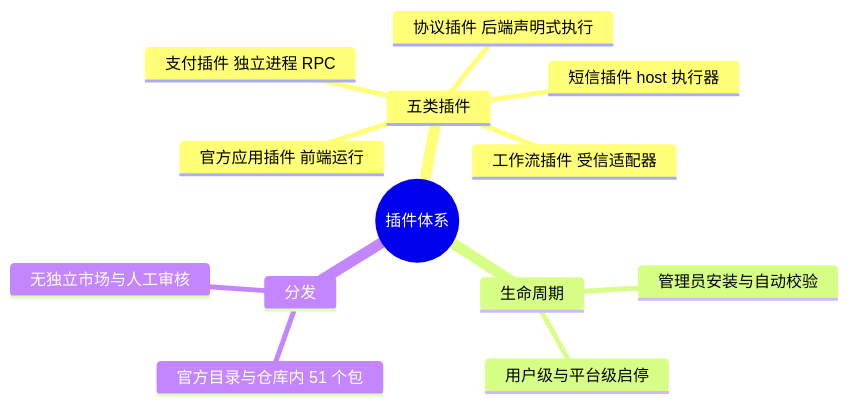
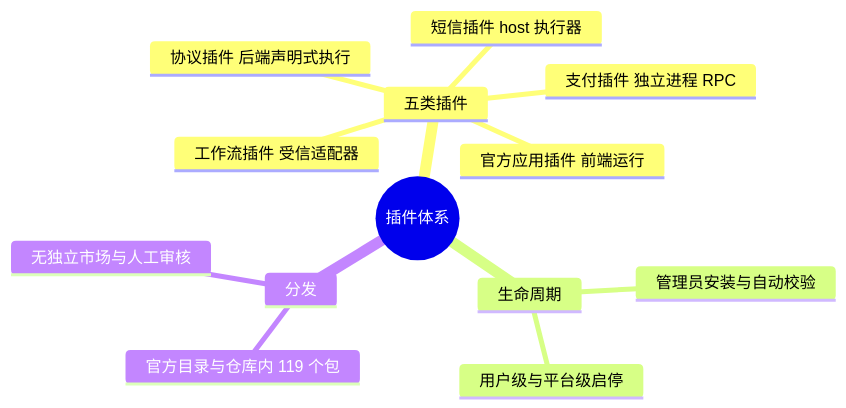
One commit to 854771076/open-ai-canvas changed the first of 2 diagrams in audit/02-plugins.md. Above: the diagram before and after it, drawn with Mermaid. The commit also changed other lines of this file, not shown here.

````diff
--- a/audit/02-plugins.md
+++ b/audit/02-plugins.md
@@ -7,16 +7,16 @@
 ```mermaid
 mindmap
   root((插件体系))
     五类插件
       协议插件 后端声明式执行
       支付插件 独立进程 RPC
       短信插件 host 执行器
       工作流插件 受信适配器
       官方应用插件 前端运行
     生命周期
       管理员安装与自动校验
       用户级与平台级启停
     分发
-      官方目录与仓库内 51 个包
+      官方目录与仓库内 119 个包
       无独立市场与人工审核
 ```
````
